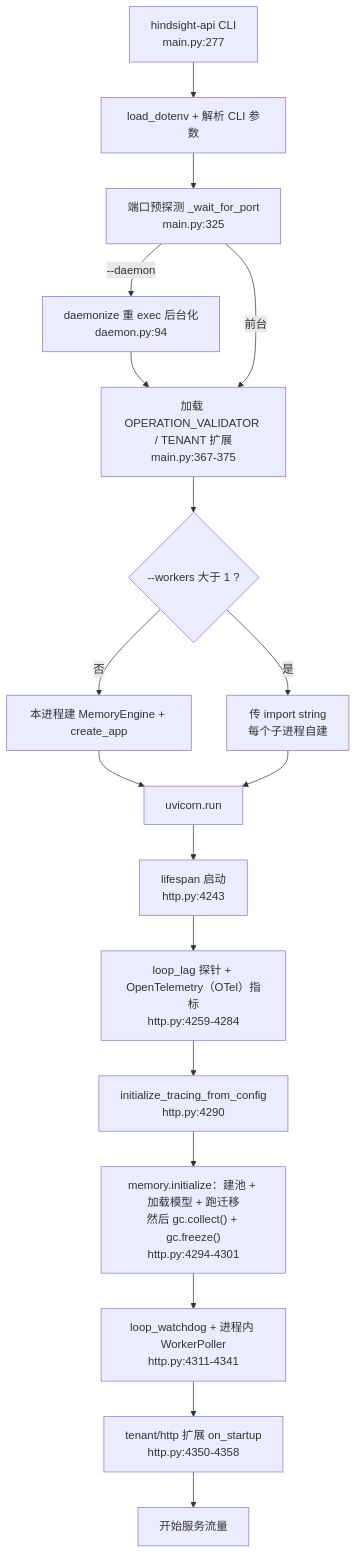
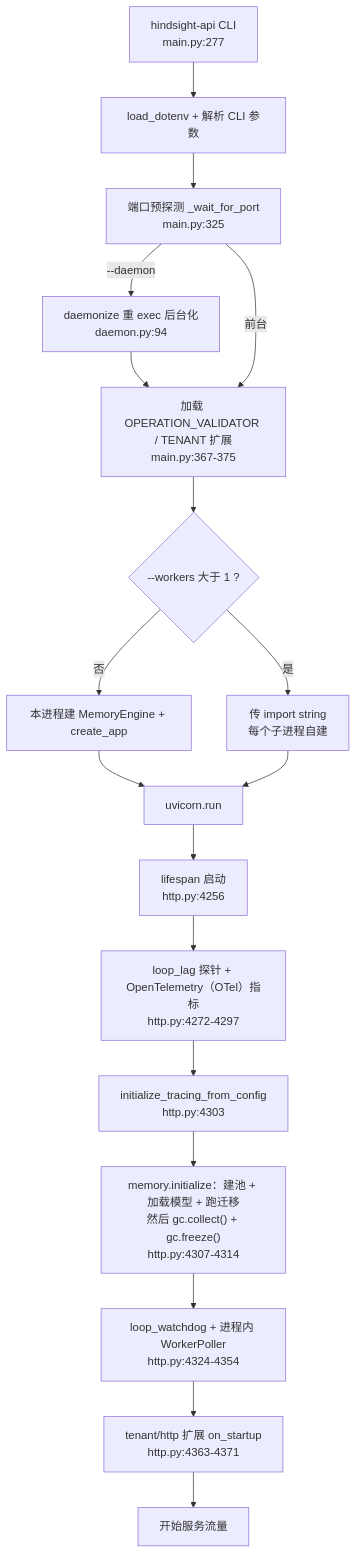
The second of 7 diagrams in docs/hindsight/source-study/06-api-层与服务形态.md (stefanv5/memory-platform-architecture), drawn with Mermaid before and after one commit. The commit also changed other lines of this file and 10 other files, not shown here.

````diff
--- a/docs/hindsight/source-study/06-api-层与服务形态.md
+++ b/docs/hindsight/source-study/06-api-层与服务形态.md
@@ -174,20 +181,20 @@
 ```mermaid
 flowchart TD
     A["hindsight-api CLI<br/>main.py:277"] --> B["load_dotenv + 解析 CLI 参数"]
     B --> C["端口预探测 _wait_for_port<br/>main.py:325"]
     C -->|"--daemon"| D["daemonize 重 exec 后台化<br/>daemon.py:94"]
     D --> E
     C -->|"前台"| E["加载 OPERATION_VALIDATOR / TENANT 扩展<br/>main.py:367-375"]
     E --> F{"--workers 大于 1 ?"}
     F -->|"否"| G["本进程建 MemoryEngine + create_app"]
     F -->|"是"| H["传 import string<br/>每个子进程自建"]
     G --> I["uvicorn.run"]
     H --> I
-    I --> J["lifespan 启动<br/>http.py:4243"]
-    J --> K["loop_lag 探针 + OpenTelemetry（OTel）指标<br/>http.py:4259-4284"]
-    K --> L["initialize_tracing_from_config<br/>http.py:4290"]
-    L --> M["memory.initialize：建池 + 加载模型 + 跑迁移<br/>然后 gc.collect() + gc.freeze()<br/>http.py:4294-4301"]
-    M --> N["loop_watchdog + 进程内 WorkerPoller<br/>http.py:4311-4341"]
-    N --> O["tenant/http 扩展 on_startup<br/>http.py:4350-4358"]
+    I --> J["lifespan 启动<br/>http.py:4256"]
+    J --> K["loop_lag 探针 + OpenTelemetry（OTel）指标<br/>http.py:4272-4297"]
+    K --> L["initialize_tracing_from_config<br/>http.py:4303"]
+    L --> M["memory.initialize：建池 + 加载模型 + 跑迁移<br/>然后 gc.collect() + gc.freeze()<br/>http.py:4307-4314"]
+    M --> N["loop_watchdog + 进程内 WorkerPoller<br/>http.py:4324-4354"]
+    N --> O["tenant/http 扩展 on_startup<br/>http.py:4363-4371"]
     O --> P["开始服务流量"]
 ```
````
